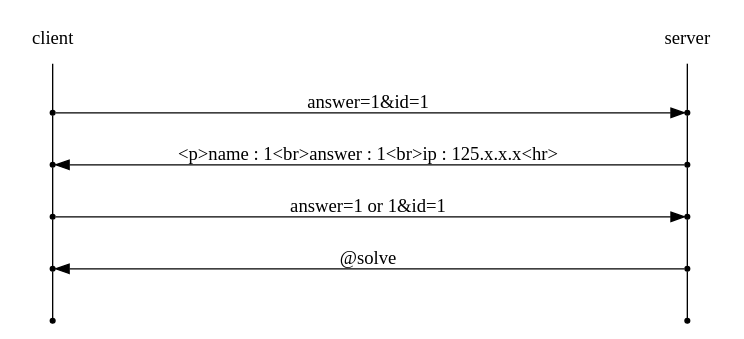
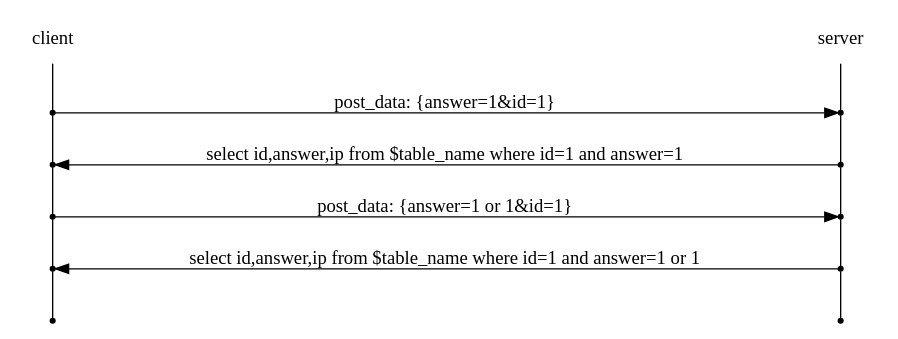
Before and after one commit to joizel/ctf_writeup: the diagram in docs/web/Blind SQL Injection/[webhacking] 03.rst, drawn with Graphviz. The commit also changed other lines of this file and 10 other files, not shown here.

```diff
--- a/docs/web/Blind SQL Injection/[webhacking] 03.rst
+++ b/docs/web/Blind SQL Injection/[webhacking] 03.rst
@@ -7,23 +7,23 @@
 .. graphviz::
 
     digraph G {
         rankdir="LR";
         node[shape="point"];
         edge[arrowhead="none"]
 
         {
             rank="same";
             "client"[shape="plaintext"];
             "client" -> step0 -> step2 -> step4 -> step6 -> step8;
         }
 
         {
             rank="same";
             "server"[shape="plaintext"];
             "server" -> step1 -> step3 -> step5 -> step7 -> step9;
         }
-        step0 -> step1[label="answer=1&id=1",arrowhead="normal"];
-        step3 -> step2[label="<p>name : 1<br>answer : 1<br>ip : 125.x.x.x<hr>",arrowhead="normal"];
-        step4 -> step5[label="answer=1 or 1&id=1",arrowhead="normal"];
-        step7 -> step6[label="@solve",arrowhead="normal"];
+        step0 -> step1[label="post_data: {answer=1&id=1}",arrowhead="normal"];
+        step3 -> step2[label="select id,answer,ip from $table_name where id=1 and answer=1",arrowhead="normal"];
+        step4 -> step5[label="post_data: {answer=1 or 1&id=1}",arrowhead="normal"];
+        step7 -> step6[label="select id,answer,ip from $table_name where id=1 and answer=1 or 1",arrowhead="normal"];
     }
```
